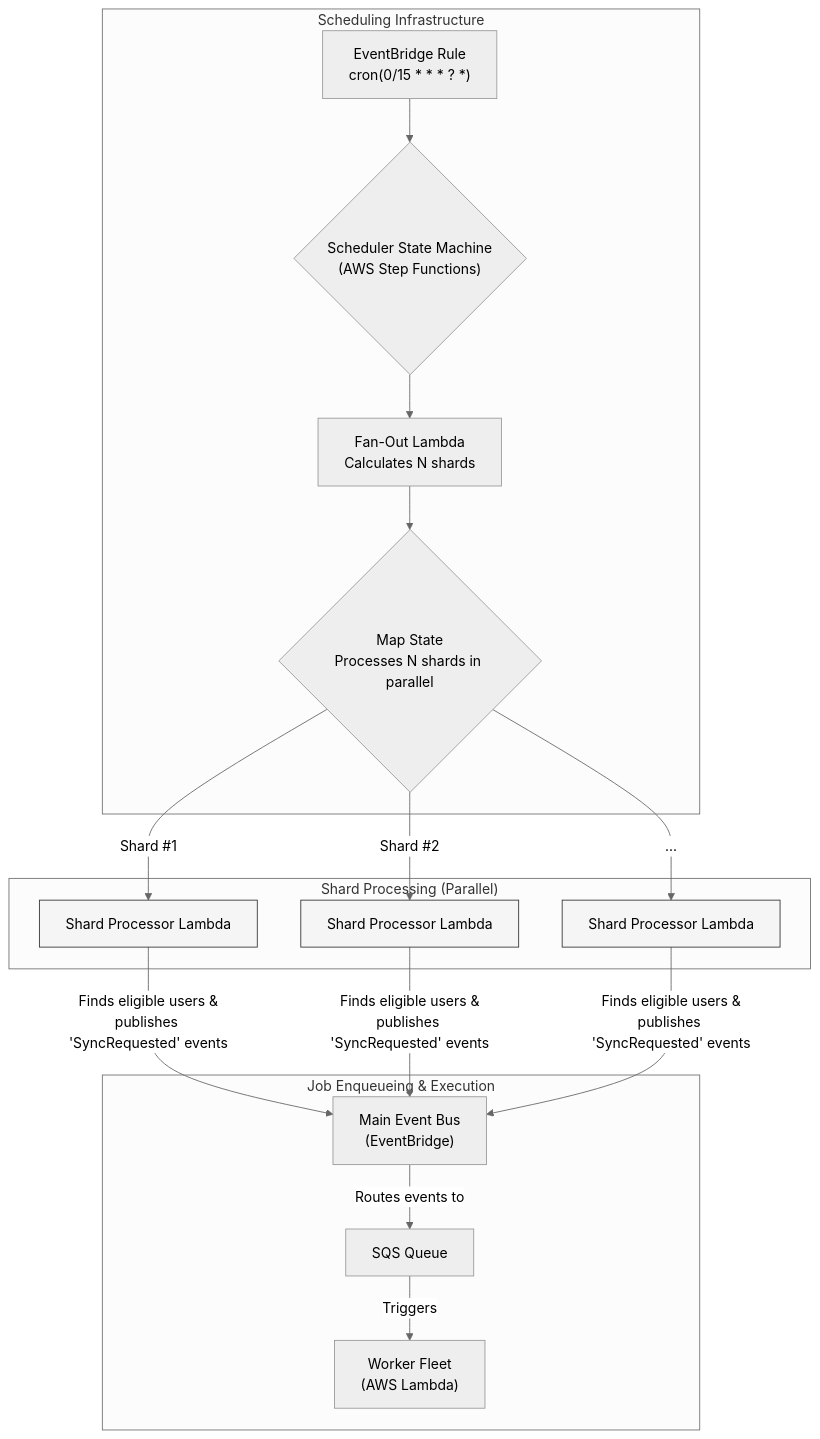
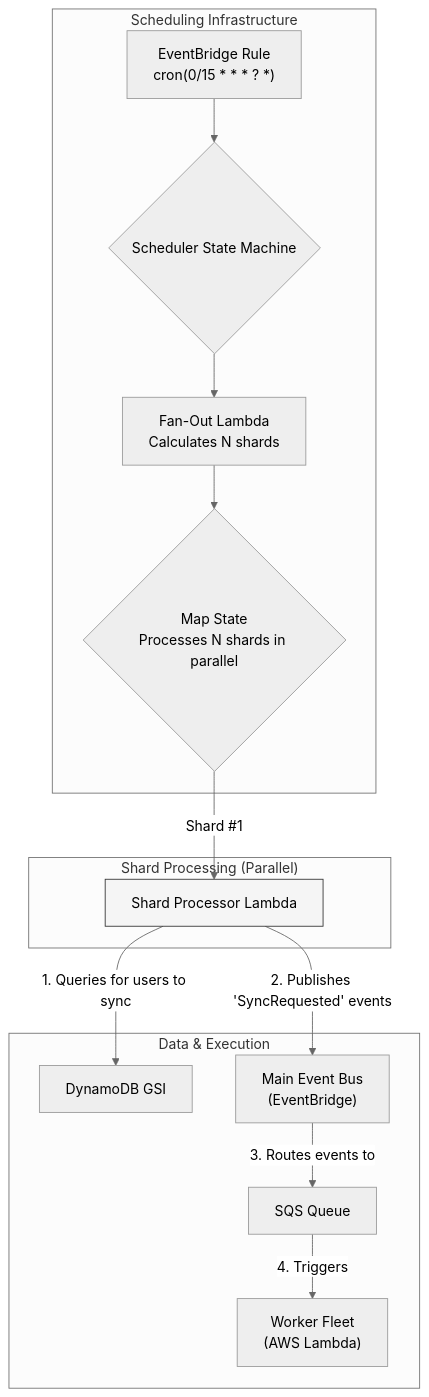
The eighth of 8 diagrams in 06-technical-architecture.md (dino10bit/healthsync), drawn with Mermaid (neutral theme) before and after one commit. The commit also changed other lines of this file and 1 other file, not shown here.

First line of the commit message:
Revise 06-technical-architecture.md based on f-20.md review.

````diff
--- a/06-technical-architecture.md
+++ b/06-technical-architecture.md
@@ -944,30 +773,25 @@
 ```mermaid
 graph TD
     subgraph "Scheduling Infrastructure"
-        A["EventBridge Rule<br>cron(0/15 * * * ? *)"] --> B{"Scheduler State Machine<br>(AWS Step Functions)"};
+        A["EventBridge Rule<br>cron(0/15 * * * ? *)"] --> B{"Scheduler State Machine"};
         B --> C[Fan-Out Lambda<br>Calculates N shards];
         C --> D{Map State<br>Processes N shards in parallel};
     end
 
     subgraph "Shard Processing (Parallel)"
         style E1 fill:#f5f5f5,stroke:#333
-        style E2 fill:#f5f5f5,stroke:#333
-        style E_N fill:#f5f5f5,stroke:#333
         D -- "Shard #1" --> E1[Shard Processor Lambda];
-        D -- "Shard #2" --> E2[Shard Processor Lambda];
-        D -- "..." --> E_N[Shard Processor Lambda];
     end
 
-    subgraph "Job Enqueueing & Execution"
+    subgraph "Data & Execution"
+        DynamoDB[DynamoDB GSI]
         F["Main Event Bus<br>(EventBridge)"];
         G[SQS Queue];
         H["Worker Fleet<br>(AWS Lambda)"];
     end
 
-    E1 -- "Finds eligible users &<br>publishes 'SyncRequested' events" --> F;
-    E2 -- "Finds eligible users &<br>publishes 'SyncRequested' events" --> F;
-    E_N -- "Finds eligible users &<br>publishes 'SyncRequested' events" --> F;
-
-    F -- "Routes events to" --> G;
-    G -- "Triggers" --> H;
+    E1 -- "1. Queries for users to sync" --> DynamoDB;
+    E1 -- "2. Publishes 'SyncRequested' events" --> F;
+    F -- "3. Routes events to" --> G;
+    G -- "4. Triggers" --> H;
 ```
````
